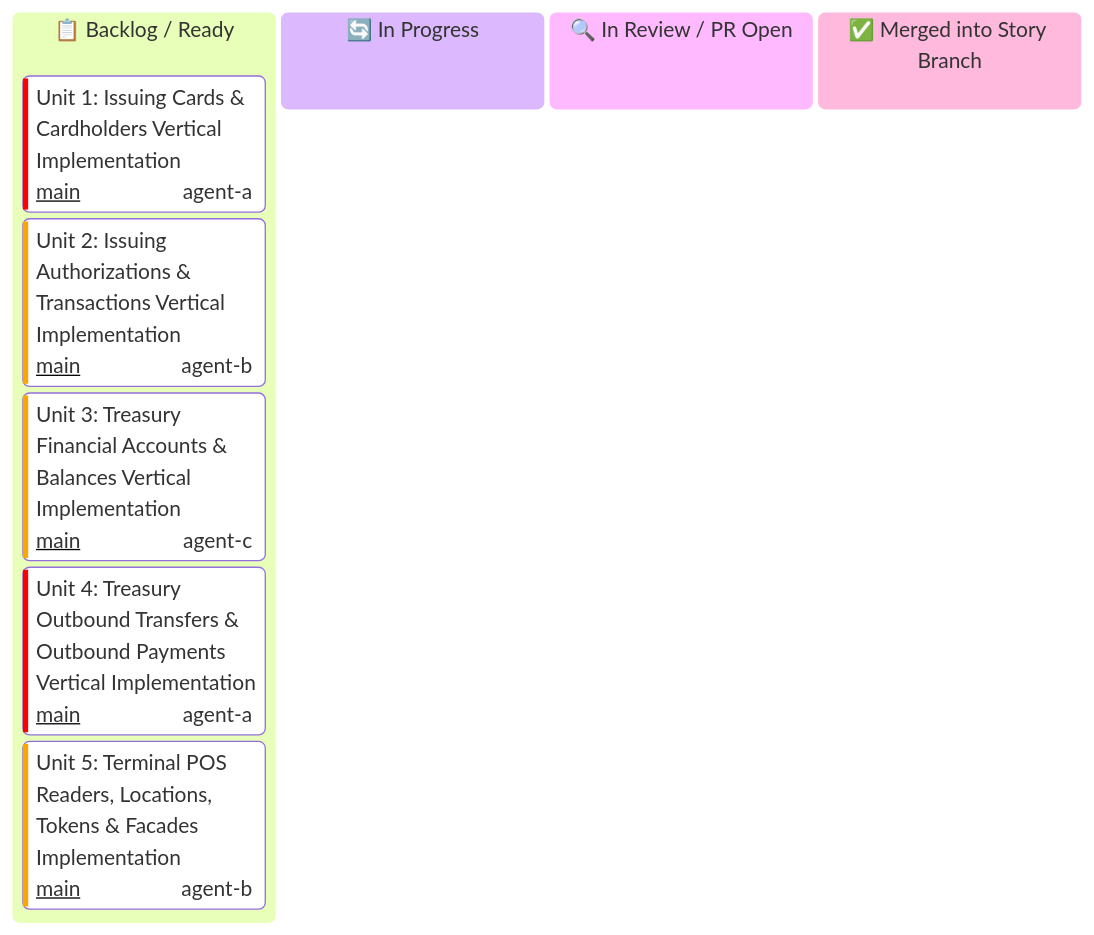
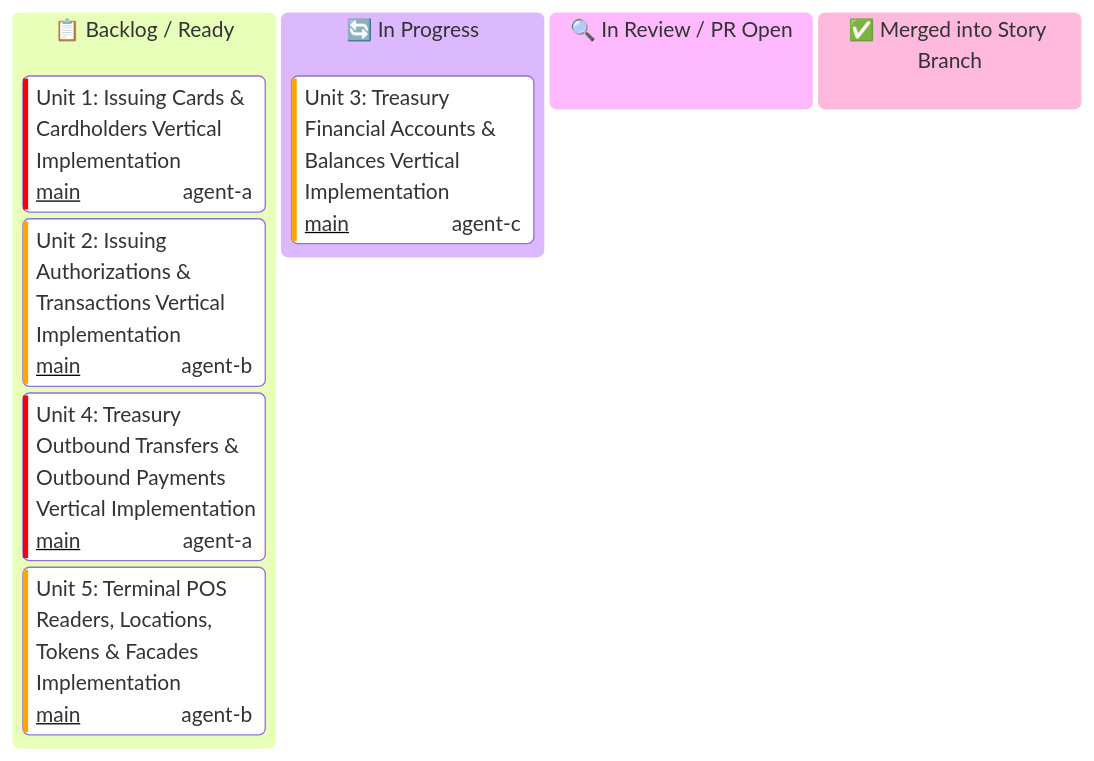
One commit to some-of-cs/some-stripe changed the diagram in docs/user-stories/module-7-specialized-product-namespaces/US-7.2.0-KANBAN.md. Above: the diagram before and after it, drawn with Mermaid. The commit also changed other lines of this file and 7 other files, not shown here.

Commit message:
feat(us-7.2.0/unit-3): treasury financial accounts and balances domain entities and client resource

````diff
--- a/docs/user-stories/module-7-specialized-product-namespaces/US-7.2.0-KANBAN.md
+++ b/docs/user-stories/module-7-specialized-product-namespaces/US-7.2.0-KANBAN.md
@@ -16,17 +16,17 @@
 ```mermaid
 ---
 config:
   kanban:
     ticketBaseUrl: 'https://github.com/some-of-cs/some-stripe/pull/#TICKET#'
 ---
 kanban
   todo[📋 Backlog / Ready]
     u1[Unit 1: Issuing Cards & Cardholders Vertical Implementation]@{ ticket: 'main', assigned: 'agent-a', priority: 'Very High' }
     u2[Unit 2: Issuing Authorizations & Transactions Vertical Implementation]@{ ticket: 'main', assigned: 'agent-b', priority: 'High' }
-    u3[Unit 3: Treasury Financial Accounts & Balances Vertical Implementation]@{ ticket: 'main', assigned: 'agent-c', priority: 'High' }
     u4[Unit 4: Treasury Outbound Transfers & Outbound Payments Vertical Implementation]@{ ticket: 'main', assigned: 'agent-a', priority: 'Very High' }
     u5[Unit 5: Terminal POS Readers, Locations, Tokens & Facades Implementation]@{ ticket: 'main', assigned: 'agent-b', priority: 'High' }
   in_progress[🔄 In Progress]
+    u3[Unit 3: Treasury Financial Accounts & Balances Vertical Implementation]@{ ticket: 'main', assigned: 'agent-c', priority: 'High' }
   in_review[🔍 In Review / PR Open]
   done[✅ Merged into Story Branch]
 ```
````
